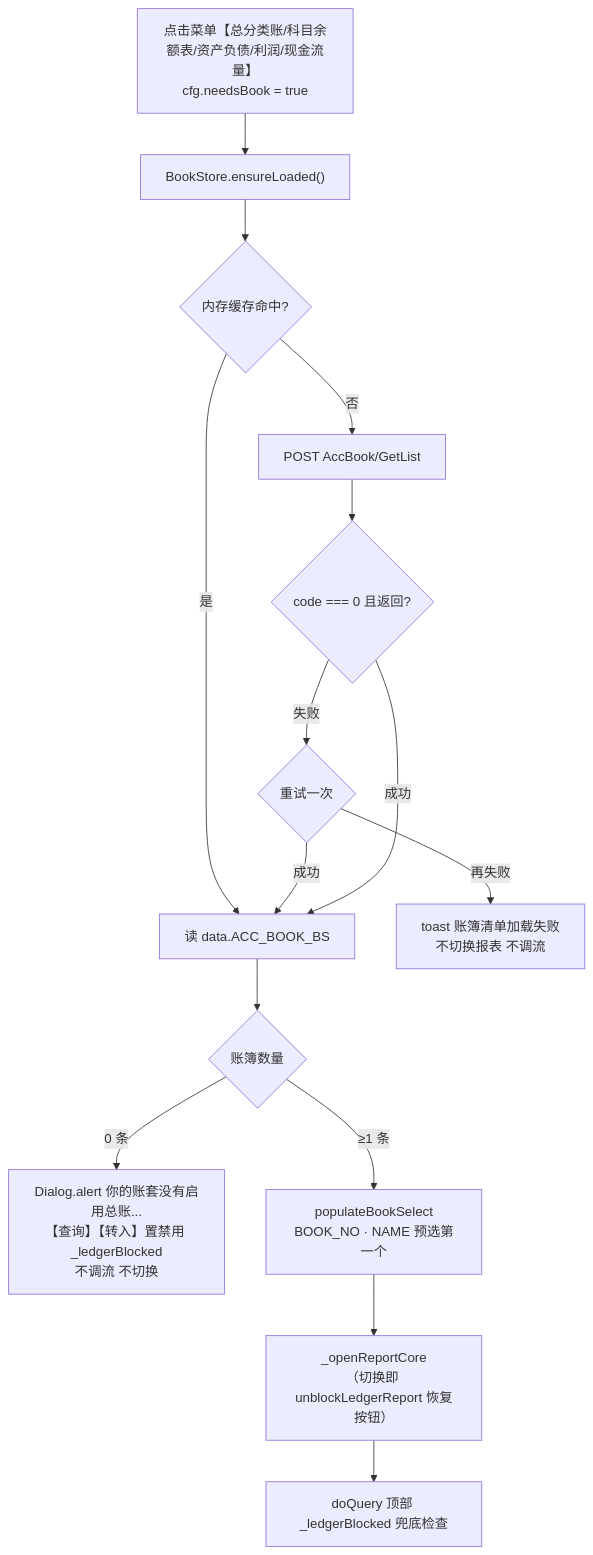
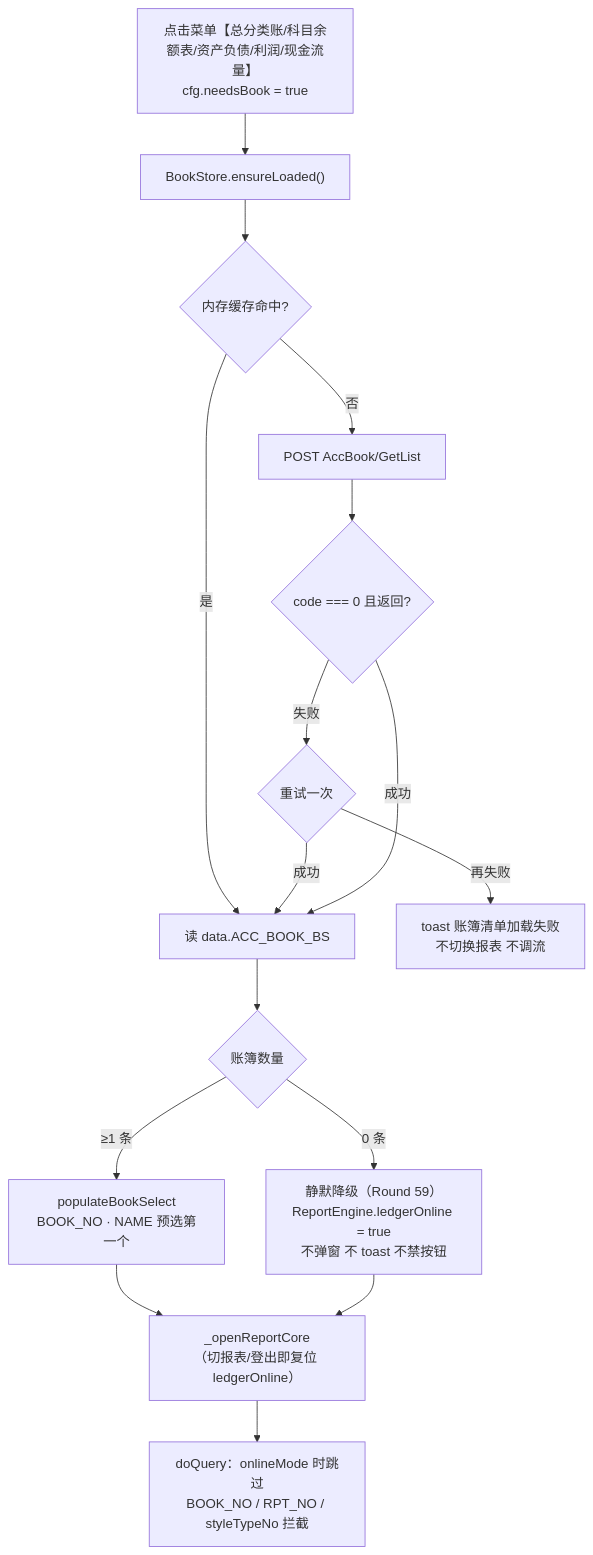
Diagram 20 of 24 in 流程图.md (ksmingkimo/AsCoding), drawn with Mermaid before and after one commit. The commit also changed other lines of this file and 18 other files, not shown here.

Commit message:
feat: 总账 0 账簿静默降级 Online 空白纸打印版（Round 59）+ 调用方法文档整并 + 文档四件套同步 + 部署包 v1.9

````diff
--- a/流程图.md
+++ b/流程图.md
@@ -552,17 +552,18 @@
 ```mermaid
 flowchart TD
     A["点击菜单【总分类账/科目余额表/资产负债/利润/现金流量】<br/>cfg.needsBook = true"] --> B["BookStore.ensureLoaded()"]
     B --> C{内存缓存命中?}
     C -->|是| H
     C -->|否| D["POST AccBook/GetList"]
     D --> E{code === 0 且返回?}
     E -->|失败| F{重试一次}
     F -->|再失败| G["toast 账簿清单加载失败<br/>不切换报表 不调流"]
     F -->|成功| H["读 data.ACC_BOOK_BS"]
     E -->|成功| H
     H --> I{账簿数量}
-    I -->|0 条| J["Dialog.alert 你的账套没有启用总账...<br/>【查询】【转入】置禁用 _ledgerBlocked<br/>不调流 不切换"]
+    I -->|0 条| J["静默降级（Round 59）<br/>ReportEngine.ledgerOnline = true<br/>不弹窗 不 toast 不禁按钮"]
     I -->|≥1 条| K["populateBookSelect<br/>BOOK_NO · NAME 预选第一个"]
-    K --> L["_openReportCore<br/>（切换即 unblockLedgerReport 恢复按钮）"]
-    L --> M["doQuery 顶部 _ledgerBlocked 兜底检查"]
+    K --> L["_openReportCore<br/>（切报表/登出即复位 ledgerOnline）"]
+    J --> L
+    L --> M["doQuery：onlineMode 时跳过<br/>BOOK_NO / RPT_NO / styleTypeNo 拦截"]
 ```
````
